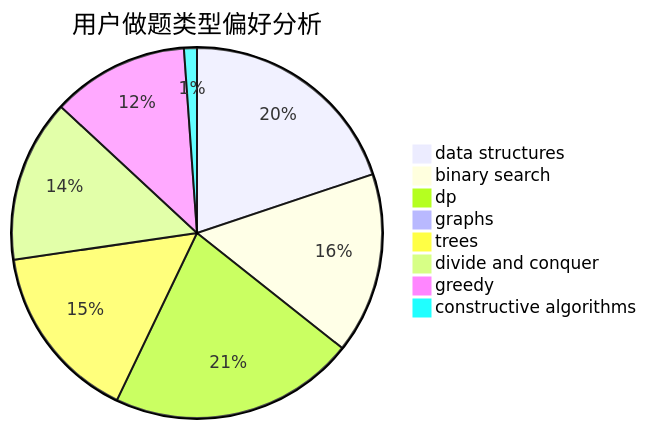
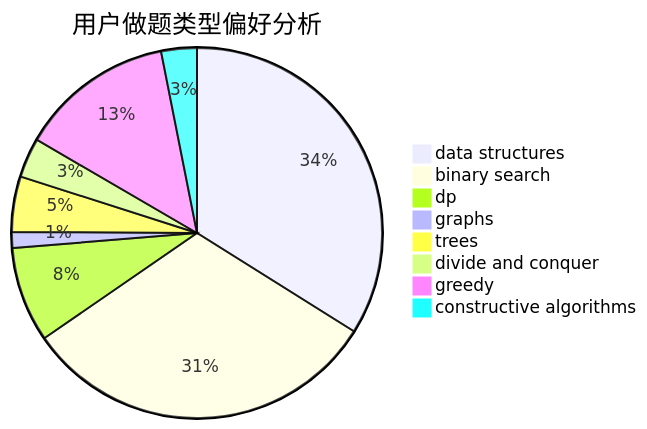
Before and after one commit to sherpahu/cfrs.github.io: the second of 3 diagrams in docs/user/u779.md, drawn with Mermaid. The commit also changed other lines of this file and 2770 other files, not shown here.

````diff
--- a/docs/user/u779.md
+++ b/docs/user/u779.md
@@ -23,11 +23,11 @@
 ```mermaid
 pie title 用户做题类型偏好分析
-    "data structures" :  88
-    "binary search" :  70
-    "dp" :  95
-    "graphs" :  3
-    "trees" :  69
-    "divide and conquer" :  63
-    "greedy" :  53
-    "constructive algorithms" :  5
+    "data structures" :  98
+    "binary search" :  91
+    "dp" :  24
+    "graphs" :  4
+    "trees" :  14
+    "divide and conquer" :  10
+    "greedy" :  39
+    "constructive algorithms" :  9
 ```
````
